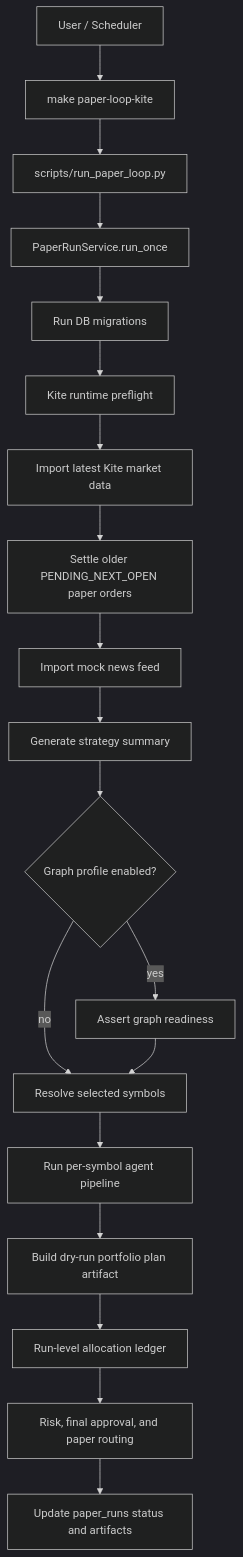
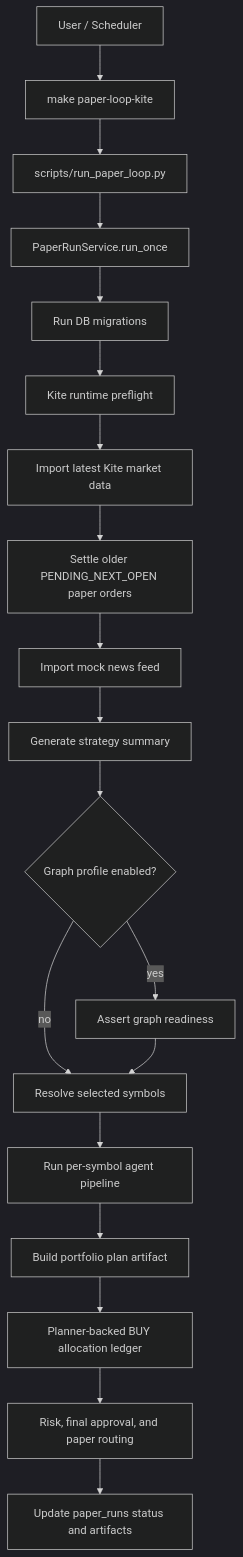
The first of 6 diagrams in docs/TAURUS_AGENT_ARCHITECTURE.md (adnaan1703/TaurusAgent), drawn with Mermaid (dark theme) before and after one commit. The commit also changed other lines of this file and 20 other files, not shown here.

Commit message:
feat(portfolio): route planner buy allocation

````diff
--- a/docs/TAURUS_AGENT_ARCHITECTURE.md
+++ b/docs/TAURUS_AGENT_ARCHITECTURE.md
@@ -45,24 +45,24 @@
 ```mermaid
 flowchart TD
     User[User / Scheduler] --> Cmd[make paper-loop-kite]
     Cmd --> Script[scripts/run_paper_loop.py]
     Script --> Service[PaperRunService.run_once]
 
     Service --> Migrate[Run DB migrations]
     Migrate --> Preflight[Kite runtime preflight]
     Preflight --> DataImport[Import latest Kite market data]
     DataImport --> Settlement[Settle older PENDING_NEXT_OPEN paper orders]
     Settlement --> NewsImport[Import mock news feed]
     NewsImport --> Strategy[Generate strategy summary]
 
     Strategy --> GraphReady{Graph profile enabled?}
     GraphReady -- yes --> GraphPreflight[Assert graph readiness]
     GraphReady -- no --> SymbolSelect[Resolve selected symbols]
     GraphPreflight --> SymbolSelect
 
     SymbolSelect --> SymbolLoop[Run per-symbol agent pipeline]
-    SymbolLoop --> PortfolioPlan[Build dry-run portfolio plan artifact]
-    PortfolioPlan --> Allocation[Run-level allocation ledger]
+    SymbolLoop --> PortfolioPlan[Build portfolio plan artifact]
+    PortfolioPlan --> Allocation[Planner-backed BUY allocation ledger]
     Allocation --> Finalization[Risk, final approval, and paper routing]
     Finalization --> RunStatus[Update paper_runs status and artifacts]
 ```
````
